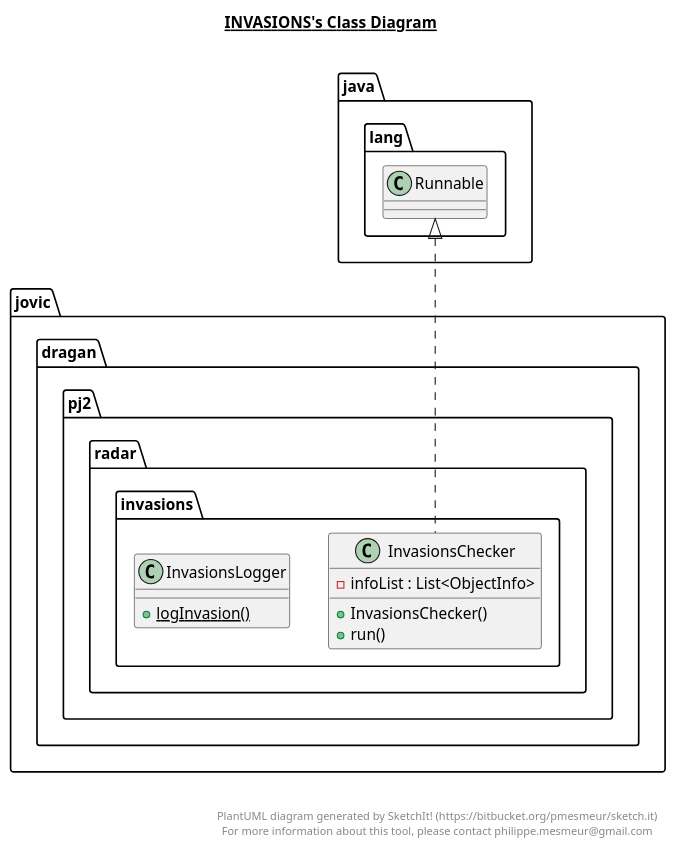
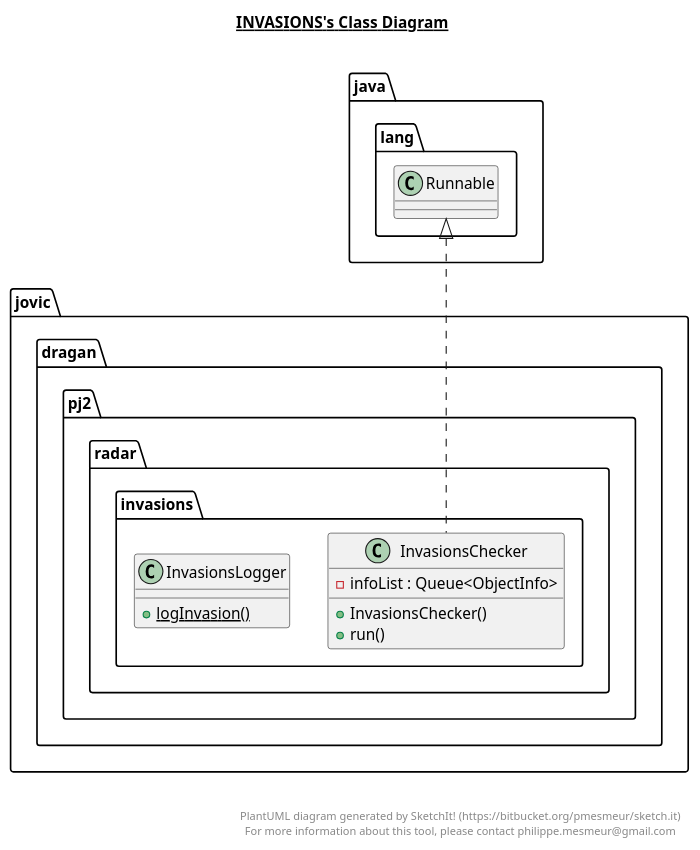
Before and after one commit to Coki32/PJ2_Projektni: the diagram in src/jovic/dragan/pj2/radar/invasions/invasions.plantuml, drawn with PlantUML. The commit also changed 51 other files, not shown here.

```diff
--- a/src/jovic/dragan/pj2/radar/invasions/invasions.plantuml
+++ b/src/jovic/dragan/pj2/radar/invasions/invasions.plantuml
@@ -1,35 +1,35 @@
 @startuml
 
 title __INVASIONS's Class Diagram__\n
 
   namespace jovic.dragan.pj2.radar {
     namespace invasions {
       class jovic.dragan.pj2.radar.invasions.InvasionsChecker {
-          - infoList : List<ObjectInfo>
+          - infoList : Queue<ObjectInfo>
           + InvasionsChecker()
           + run()
       }
     }
   }
   
 
   namespace jovic.dragan.pj2.radar {
     namespace invasions {
       class jovic.dragan.pj2.radar.invasions.InvasionsLogger {
           {static} + logInvasion()
       }
     }
   }
   
 
   jovic.dragan.pj2.radar.invasions.InvasionsChecker .up.|> java.lang.Runnable
 
 
 right footer
 
 
 PlantUML diagram generated by SketchIt! (https://bitbucket.org/pmesmeur/sketch.it)
 For more information about this tool, please contact philippe.mesmeur@gmail.com
 endfooter
 
 @enduml
```
